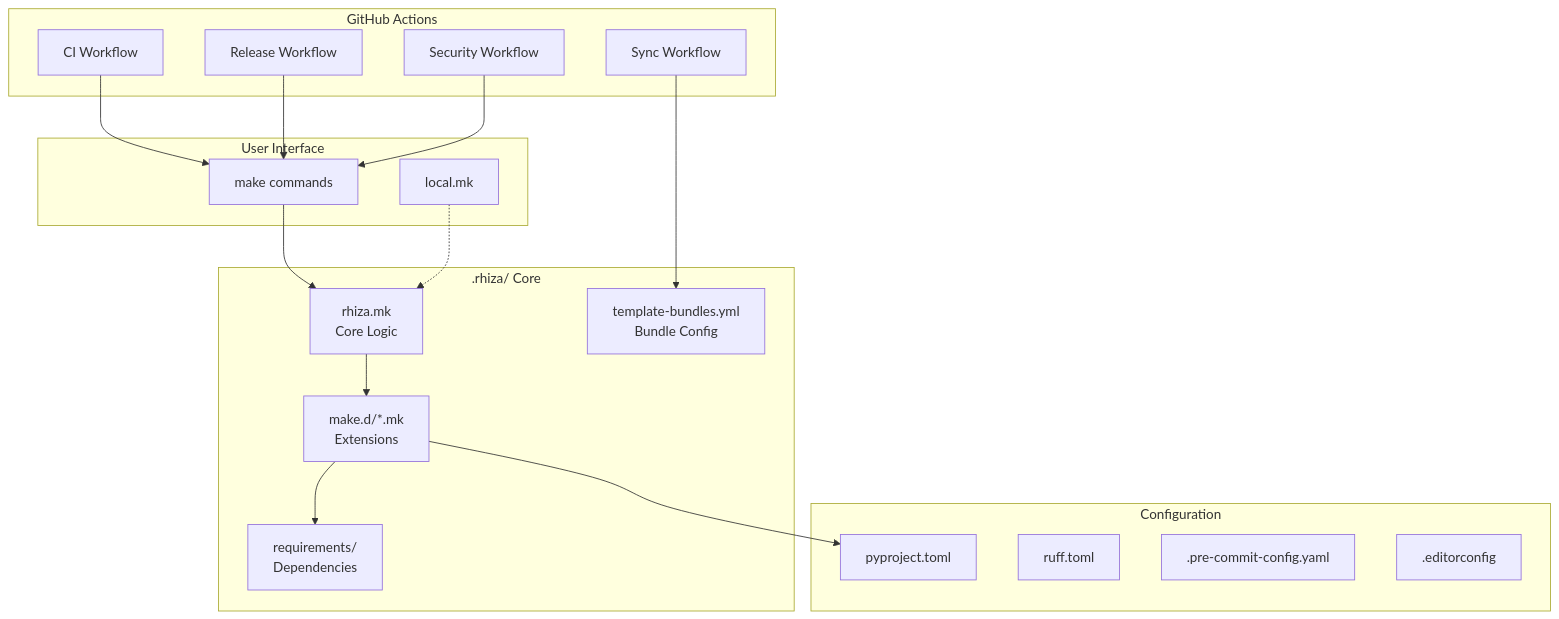
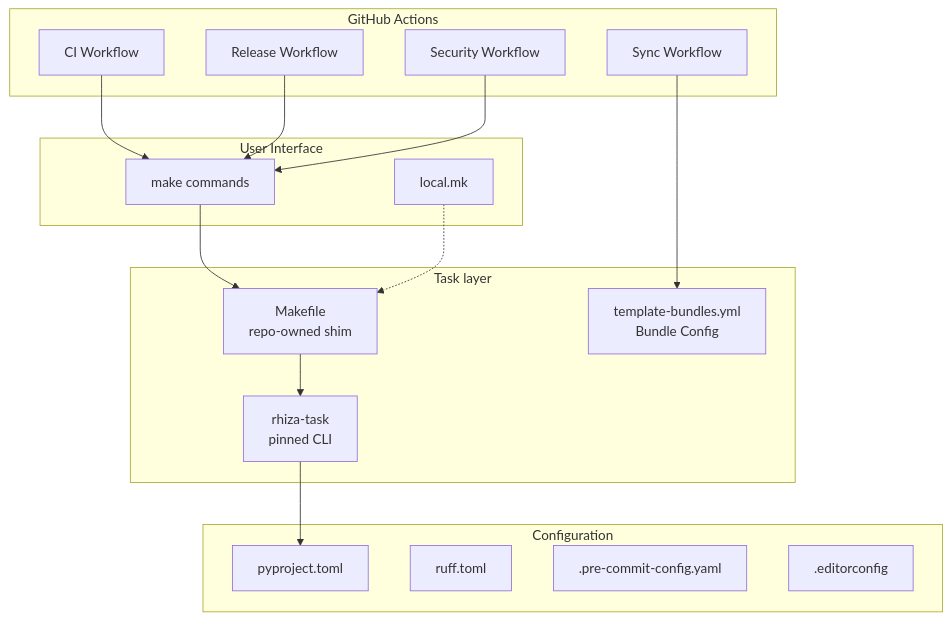
Before and after one commit to Jebel-Quant/rhiza: the first of 9 diagrams in docs/reference/ARCHITECTURE.md, drawn with Mermaid. The commit also changed other lines of this file and 46 other files, not shown here.

````diff
--- a/docs/reference/ARCHITECTURE.md
+++ b/docs/reference/ARCHITECTURE.md
@@ -7,38 +7,36 @@
 ```mermaid
 flowchart TB
     subgraph User["User Interface"]
         make[make commands]
         local[local.mk]
     end
 
-    subgraph Core[".rhiza/ Core"]
-        rhizamk[rhiza.mk<br/>Core Logic]
-        maked[make.d/*.mk<br/>Extensions]
-        reqs[requirements/<br/>Dependencies]
+    subgraph Core["Task layer"]
+        shim[Makefile<br/>repo-owned shim]
+        cli[rhiza-task<br/>pinned CLI]
         template[template-bundles.yml<br/>Bundle Config]
     end
 
     subgraph Config["Configuration"]
         pyproject[pyproject.toml]
         ruff[ruff.toml]
         precommit[.pre-commit-config.yaml]
         editorconfig[.editorconfig]
     end
 
     subgraph CI["GitHub Actions"]
         ci[CI Workflow]
         release[Release Workflow]
         security[Security Workflow]
         sync[Sync Workflow]
     end
 
-    make --> rhizamk
-    local -.-> rhizamk
-    rhizamk --> maked
-    maked --> reqs
-    maked --> pyproject
+    make --> shim
+    local -.-> shim
+    shim --> cli
+    cli --> pyproject
     ci --> make
     release --> make
     security --> make
     sync --> template
 ```
````
